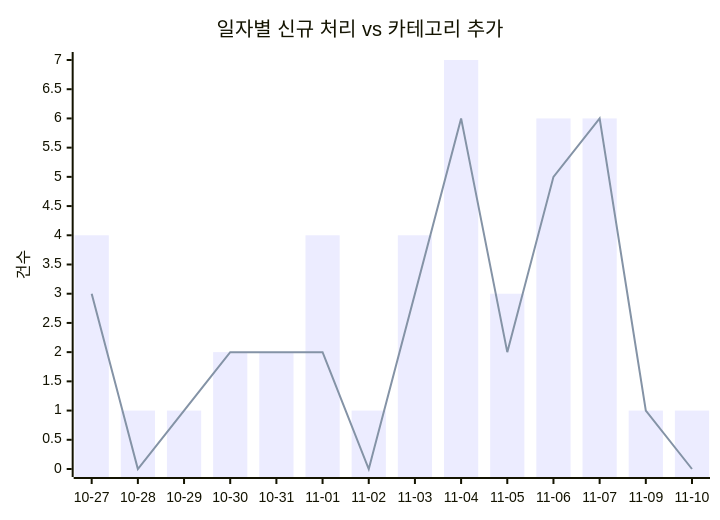
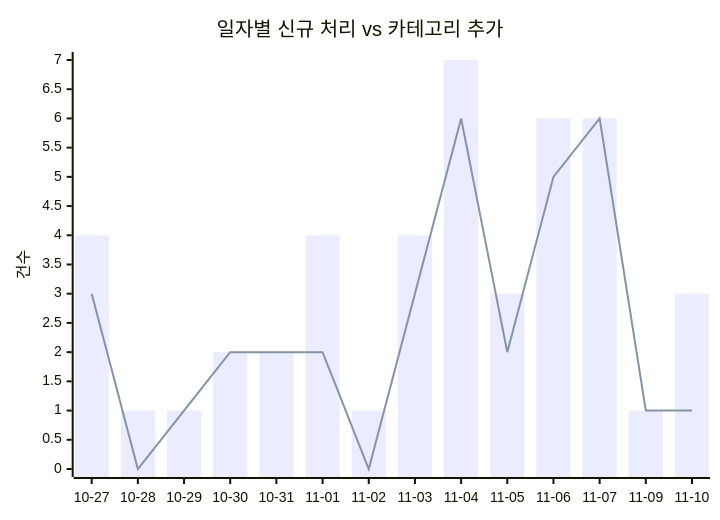
One commit to J-nowcow/awesome-korean-agent-skills changed the first of 2 diagrams in docs/trends.md. Above: the diagram before and after it, drawn with Mermaid. The commit also changed other lines of this file and 4 other files, not shown here.

````diff
--- a/docs/trends.md
+++ b/docs/trends.md
@@ -32,8 +32,8 @@
 ```mermaid
 xychart-beta
     title "일자별 신규 처리 vs 카테고리 추가"
     x-axis ["10-27","10-28","10-29","10-30","10-31","11-01","11-02","11-03","11-04","11-05","11-06","11-07","11-09","11-10"]
     y-axis "건수"
-    bar [4,1,1,2,2,4,1,4,7,3,6,6,1,1]
-    line [3,0,1,2,2,2,0,3,6,2,5,6,1,0]
+    bar [4,1,1,2,2,4,1,4,7,3,6,6,1,3]
+    line [3,0,1,2,2,2,0,3,6,2,5,6,1,1]
 ```
````
